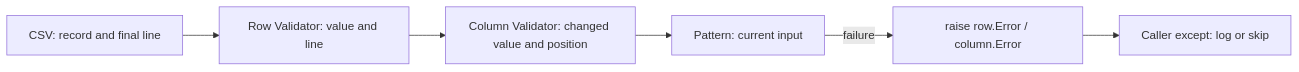
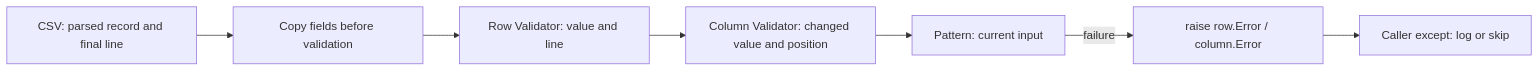
The fourth of 4 diagrams in docs/README.en.md (yong5eon/csvd2c), drawn with Mermaid before and after one commit. The commit also changed other lines of this file and 25 other files, not shown here.

````diff
--- a/docs/README.en.md
+++ b/docs/README.en.md
@@ -294,8 +294,9 @@
 ```mermaid
 flowchart LR
-  CSV["CSV: record and final line"] --> Row["Row Validator: value and line"]
+  CSV["CSV: parsed record and final line"] --> Snapshot["Copy fields before validation"]
+  Snapshot --> Row["Row Validator: value and line"]
   Row --> Col["Column Validator: changed value and position"]
   Col --> Pattern["Pattern: current input"]
   Pattern -- failure --> Raise["raise row.Error / column.Error"]
   Raise --> Caller["Caller except: log or skip"]
 ```
````
